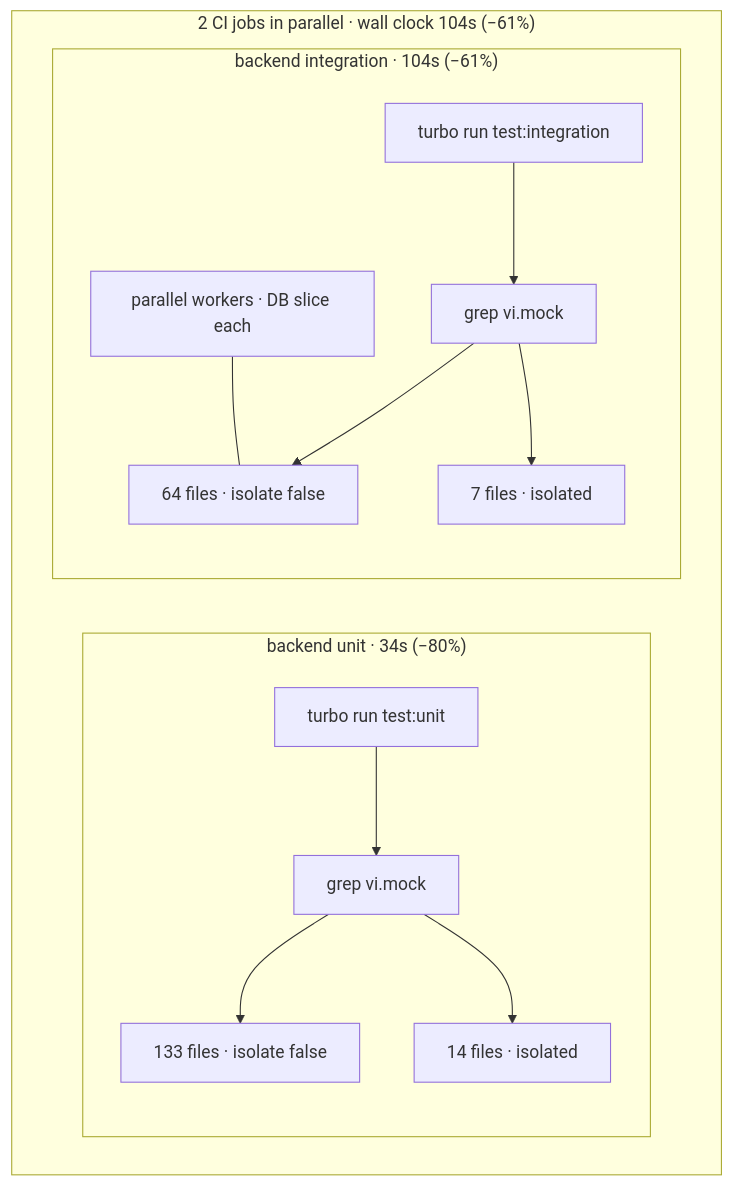
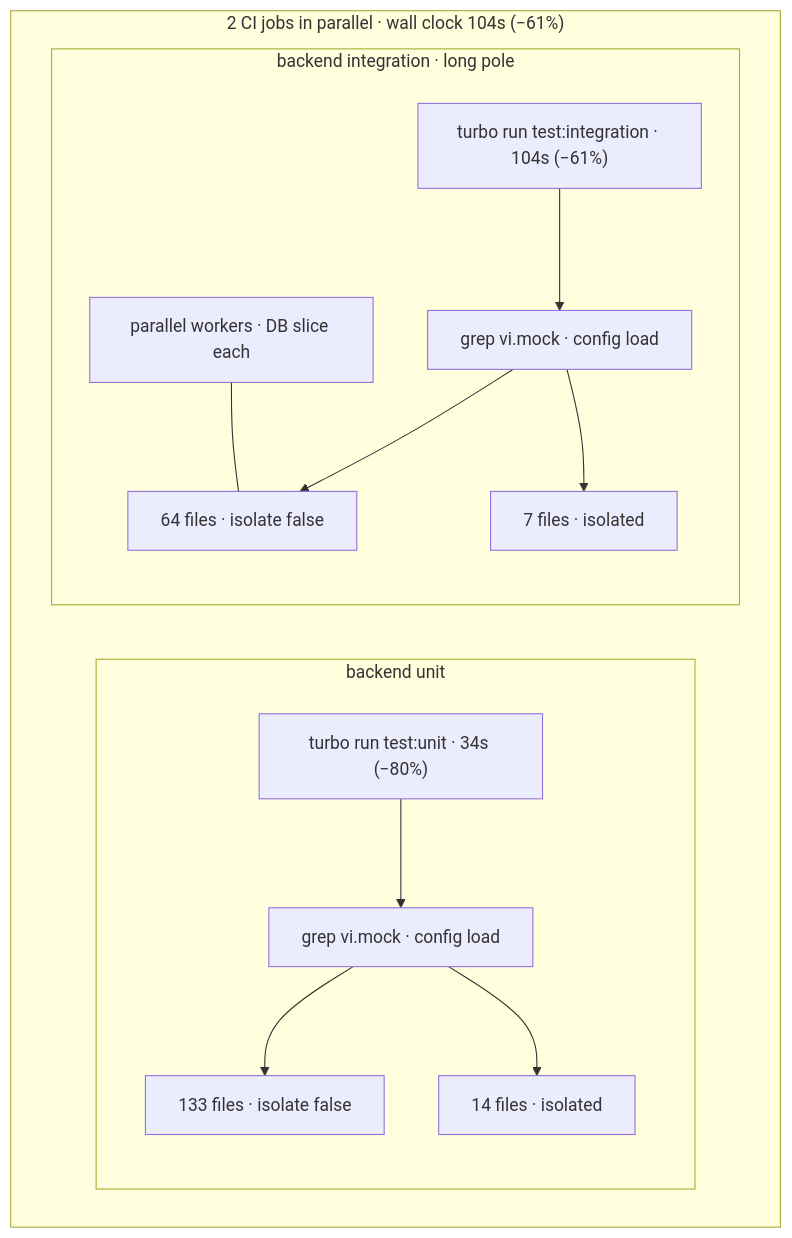
One commit to opengovsg/plumber changed the second of 2 diagrams in docs/blog-speeding-up-vitest-tests.md. Above: the diagram before and after it, drawn with Mermaid. The commit also changed other lines of this file, not shown here.

Commit message:
docs: drop Vitest v4 mention from blog post

````diff
--- a/docs/blog-speeding-up-vitest-tests.md
+++ b/docs/blog-speeding-up-vitest-tests.md
@@ -70,28 +68,28 @@
 ```mermaid
 flowchart TB
   subgraph ci ["2 CI jobs in parallel · wall clock 104s (−61%)"]
     direction LR
 
-    subgraph job_unit ["backend unit · 34s (−80%)"]
+    subgraph job_unit ["backend unit"]
       direction TB
-      T1["turbo run test:unit"]
-      GU["grep vi.mock"]
+      T1["turbo run test:unit · 34s (−80%)"]
+      GU["grep vi.mock · config load"]
       U1["133 files · isolate false"]
       U2["14 files · isolated"]
       T1 --> GU --> U1
       GU --> U2
     end
 
-    subgraph job_int ["backend integration · 104s (−61%)"]
+    subgraph job_int ["backend integration · long pole"]
       direction TB
-      T2["turbo run test:integration"]
-      GI["grep vi.mock"]
+      T2["turbo run test:integration · 104s (−61%)"]
+      GI["grep vi.mock · config load"]
       I1["64 files · isolate false"]
       I2["7 files · isolated"]
       W["parallel workers · DB slice each"]
       T2 --> GI --> I1
       GI --> I2
       W --- I1
     end
   end
 ```
````
